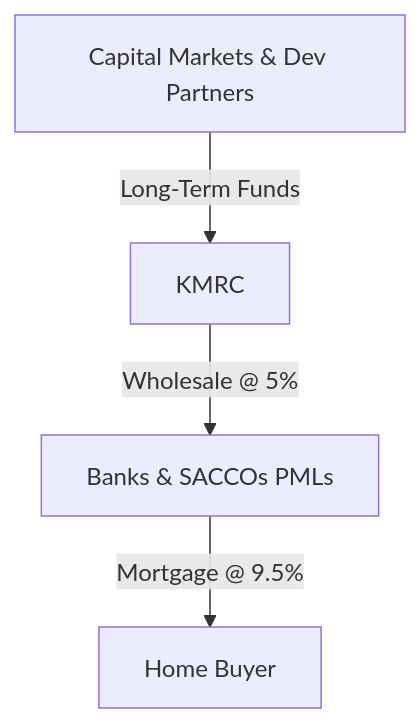
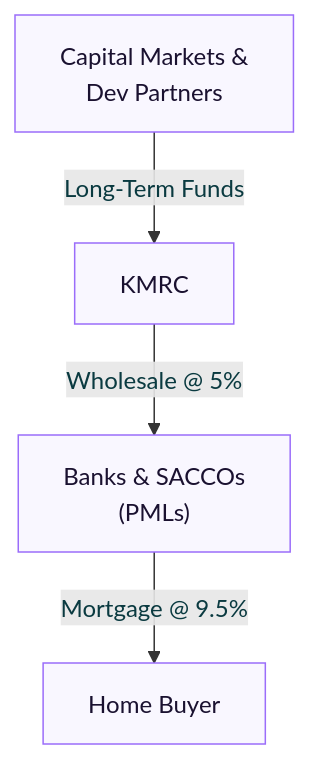
One commit to bengula/BengulaLive changed the diagram in Bengula-Jacob/content/banking-credit/kmrc-affordable-housing-mortgage.md. Above: the diagram before and after it, drawn with Mermaid. The commit also changed 2 other files, not shown here.

Commit message:
added three articles

````diff
--- a/Bengula-Jacob/content/banking-credit/kmrc-affordable-housing-mortgage.md
+++ b/Bengula-Jacob/content/banking-credit/kmrc-affordable-housing-mortgage.md
@@ -32,6 +32,17 @@
 ```mermaid
 graph TD
-    A[Capital Markets & Dev Partners] -->|Long-Term Funds| B[KMRC]
-    B -->|Wholesale @ 5%| C[Banks & SACCOs PMLs]
-    C -->|Mortgage @ 9.5%| D[Home Buyer]
+    %% Node Definitions
+    A["Capital Markets &<br>Dev Partners"]
+    B["KMRC"]
+    C["Banks & SACCOs<br>(PMLs)"]
+    D["Home Buyer"]
+
+    %% Flow and Labels
+    A -->|Long-Term Funds| B
+    B -->|Wholesale @ 5%| C
+    C -->|Mortgage @ 9.5%| D
+
+    %% Styling
+    classDef default fill:#f9f7ff,stroke:#9b6dfa,stroke-width:1px,color:#1a1130;
+    classDef edgeLabel fill:#e6f9ff,color:#0a3a40;
 ```
````
